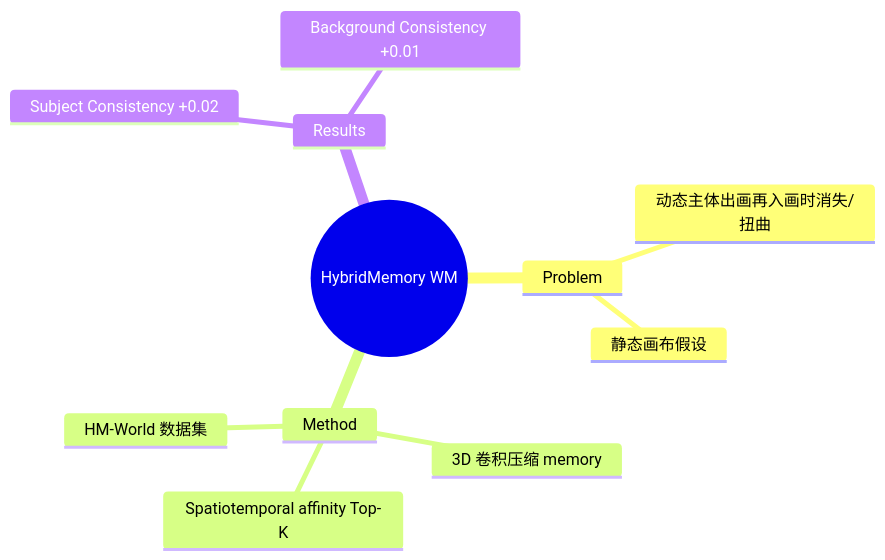
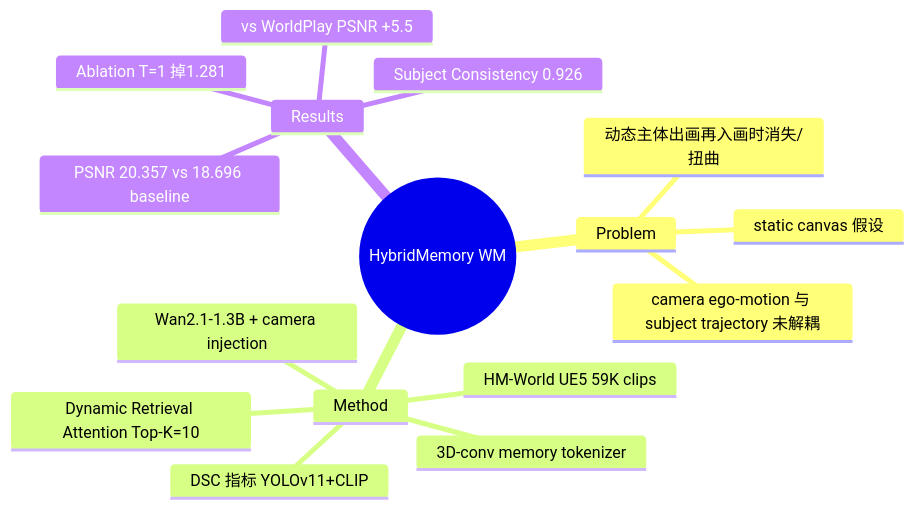
The diagram in Papers/2603-HybridMemory.md (Kendrick-Stein/MCISLAB_DeepRead), drawn with Mermaid before and after one commit. The commit also changed other lines of this file and 21 other files, not shown here.

````diff
--- a/Papers/2603-HybridMemory.md
+++ b/Papers/2603-HybridMemory.md
@@ -56,14 +89,19 @@
 ```mermaid
 mindmap
   root((HybridMemory WM))
     Problem
       动态主体出画再入画时消失/扭曲
-      静态画布假设
+      static canvas 假设
+      camera ego-motion 与 subject trajectory 未解耦
     Method
-      3D 卷积压缩 memory
-      Spatiotemporal affinity Top-K
-      HM-World 数据集
+      Wan2.1-1.3B + camera injection
+      3D-conv memory tokenizer
+      Dynamic Retrieval Attention Top-K=10
+      HM-World UE5 59K clips
+      DSC 指标 YOLOv11+CLIP
     Results
-      Subject Consistency +0.02
-      Background Consistency +0.01
+      PSNR 20.357 vs 18.696 baseline
+      Subject Consistency 0.926
+      vs WorldPlay PSNR +5.5
+      Ablation T=1 掉1.281
 ```
````
